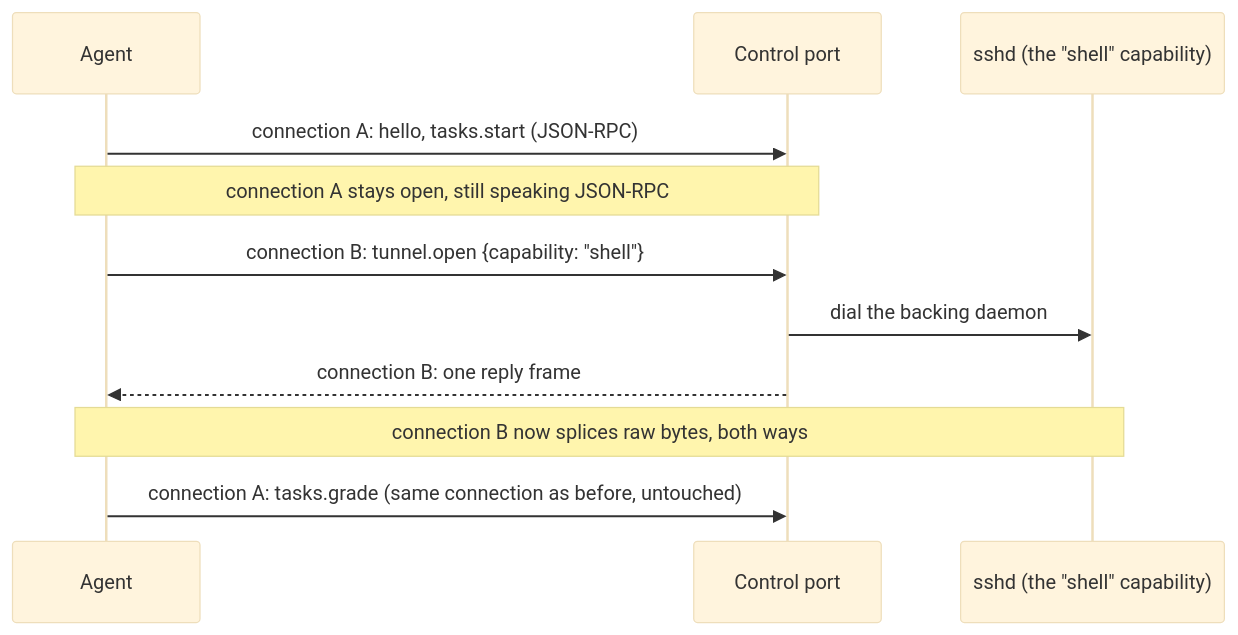
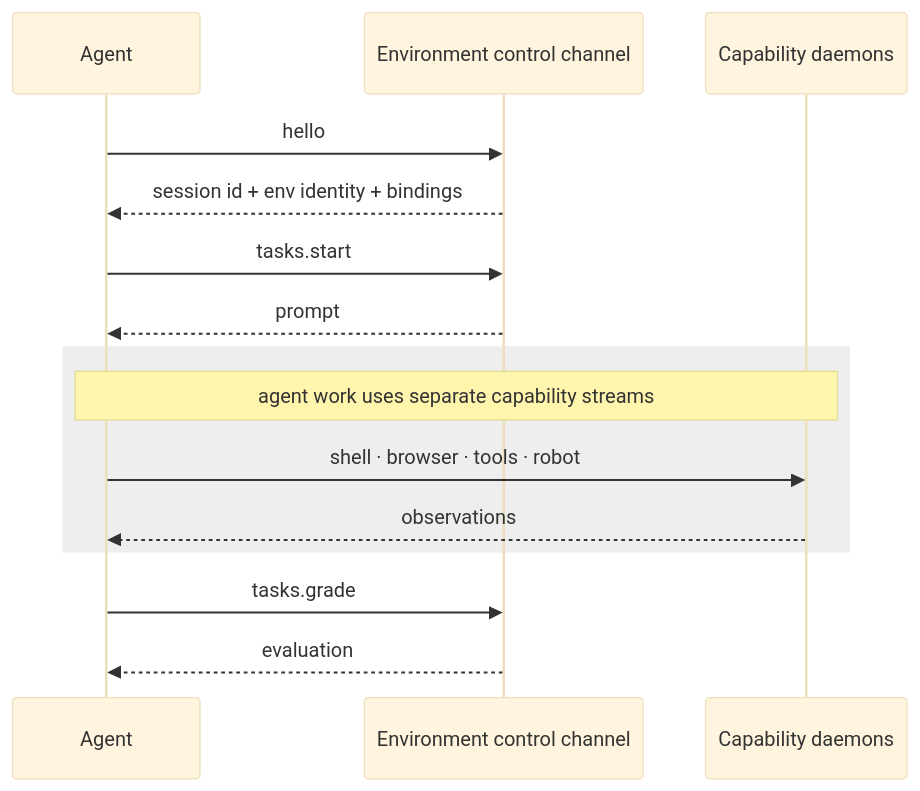
The first of 2 diagrams in docs/v6/internals/control-channel.mdx (hud-evals/hud-python), drawn with Mermaid (base theme) before and after one commit. The commit also changed other lines of this file and 20 other files, not shown here.

````diff
--- a/docs/v6/internals/control-channel.mdx
+++ b/docs/v6/internals/control-channel.mdx
@@ -127,13 +31,17 @@
 ```mermaid
 sequenceDiagram
     participant Agent
-    participant Ctl as Control port
-    participant Sshd as sshd (the "shell" capability)
-    Agent->>Ctl: connection A: hello, tasks.start (JSON-RPC)
-    Note over Agent,Ctl: connection A stays open, still speaking JSON-RPC
-    Agent->>Ctl: connection B: tunnel.open {capability: "shell"}
-    Ctl->>Sshd: dial the backing daemon
-    Ctl-->>Agent: connection B: one reply frame
-    Note over Agent,Sshd: connection B now splices raw bytes, both ways
-    Agent->>Ctl: connection A: tasks.grade (same connection as before, untouched)
+    participant Env as Environment control channel
+    participant Caps as Capability daemons
+    Agent->>Env: hello
+    Env-->>Agent: session id + env identity + bindings
+    Agent->>Env: tasks.start
+    Env-->>Agent: prompt
+    rect rgb(238,238,238)
+    Note over Agent,Caps: agent work uses separate capability streams
+    Agent->>Caps: shell · browser · tools · robot
+    Caps-->>Agent: observations
+    end
+    Agent->>Env: tasks.grade
+    Env-->>Agent: evaluation
 ```
````
